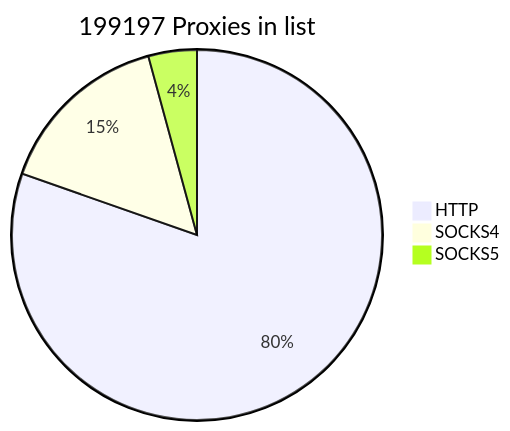
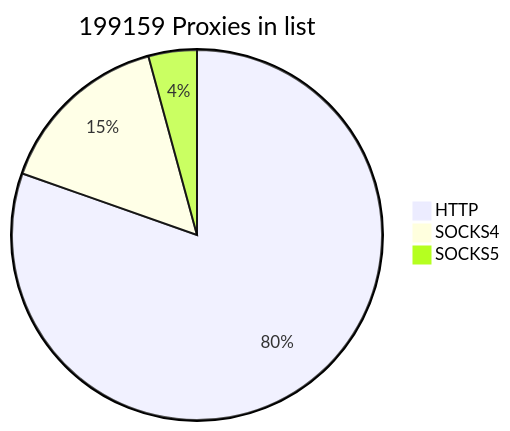
One commit to cutipu/proxylist changed the first of 2 diagrams in README.md. Above: the diagram before and after it, drawn with Mermaid. The commit also changed other lines of this file, not shown here.

````diff
--- a/README.md
+++ b/README.md
@@ -2,7 +2,7 @@
 ```mermaid
-pie title 199197 Proxies in list
-    "HTTP" : 160097
-    "SOCKS4" : 30674
-    "SOCKS5" : 8426
+pie title 199159 Proxies in list
+    "HTTP" : 160103
+    "SOCKS4" : 30640
+    "SOCKS5" : 8416
             
 ```
````
